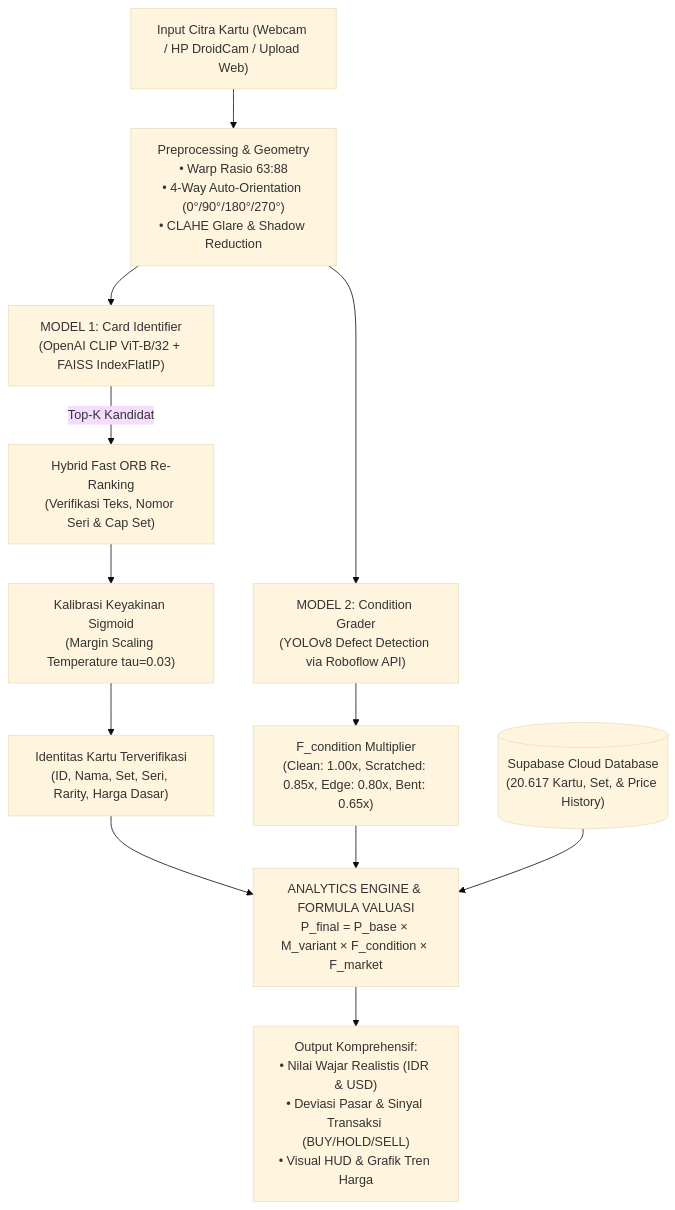
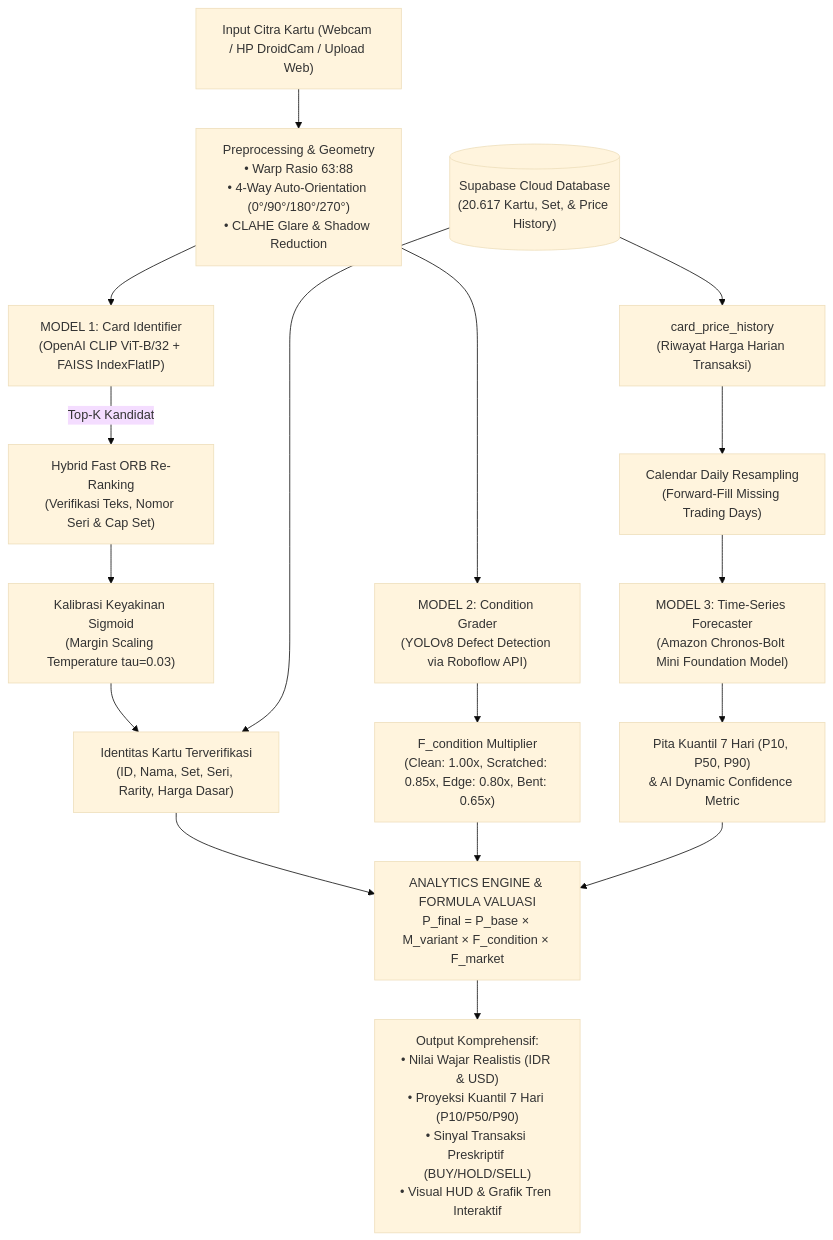
Before and after one commit to Bejochan/pokemon-card-value-analytic-tool: the diagram in README.md, drawn with Mermaid (base theme). The commit also changed other lines of this file and 4 other files, not shown here.

Commit message:
docs: menambahkan model amazon chronos-bolt sebagai forecaster

````diff
--- a/README.md
+++ b/README.md
@@ -31,20 +33,26 @@
 ```mermaid
 graph TD
     Input["Input Citra Kartu (Webcam / HP DroidCam / Upload Web)"] --> Preproc["Preprocessing & Geometry<br/>• Warp Rasio 63:88<br/>• 4-Way Auto-Orientation (0°/90°/180°/270°)<br/>• CLAHE Glare & Shadow Reduction"]
     
     Preproc --> M1["MODEL 1: Card Identifier<br/>(OpenAI CLIP ViT-B/32 + FAISS IndexFlatIP)"]
     Preproc --> M2["MODEL 2: Condition Grader<br/>(YOLOv8 Defect Detection via Roboflow API)"]
     
     M1 -->|Top-K Kandidat| ORB["Hybrid Fast ORB Re-Ranking<br/>(Verifikasi Teks, Nomor Seri & Cap Set)"]
     ORB --> Sigmoid["Kalibrasi Keyakinan Sigmoid<br/>(Margin Scaling Temperature tau=0.03)"]
     Sigmoid --> CardID["Identitas Kartu Terverifikasi<br/>(ID, Nama, Set, Seri, Rarity, Harga Dasar)"]
     
     M2 --> ConditionScore["F_condition Multiplier<br/>(Clean: 1.00x, Scratched: 0.85x, Edge: 0.80x, Bent: 0.65x)"]
     
+    Supabase[("Supabase Cloud Database<br/>(20.617 Kartu, Set, & Price History)")] --> CardID
+    Supabase --> Hist["card_price_history<br/>(Riwayat Harga Harian Transaksi)"]
+    
+    Hist --> Resample["Calendar Daily Resampling<br/>(Forward-Fill Missing Trading Days)"]
+    Resample --> M3["MODEL 3: Time-Series Forecaster<br/>(Amazon Chronos-Bolt Mini Foundation Model)"]
+    M3 --> Forecast["Pita Kuantil 7 Hari (P10, P50, P90)<br/>& AI Dynamic Confidence Metric"]
+    
     CardID --> Valuation["ANALYTICS ENGINE & FORMULA VALUASI<br/>P_final = P_base × M_variant × F_condition × F_market"]
     ConditionScore --> Valuation
+    Forecast --> Valuation
     
-    Supabase[("Supabase Cloud Database<br/>(20.617 Kartu, Set, & Price History)")] --> Valuation
-    
-    Valuation --> Output["Output Komprehensif:<br/>• Nilai Wajar Realistis (IDR & USD)<br/>• Deviasi Pasar & Sinyal Transaksi (BUY/HOLD/SELL)<br/>• Visual HUD & Grafik Tren Harga"]
+    Valuation --> Output["Output Komprehensif:<br/>• Nilai Wajar Realistis (IDR & USD)<br/>• Proyeksi Kuantil 7 Hari (P10/P50/P90)<br/>• Sinyal Transaksi Preskriptif (BUY/HOLD/SELL)<br/>• Visual HUD & Grafik Tren Interaktif"]
 ```
````
